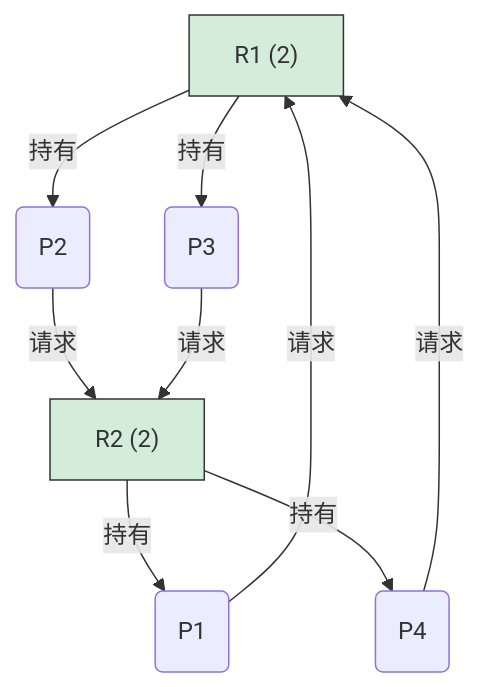
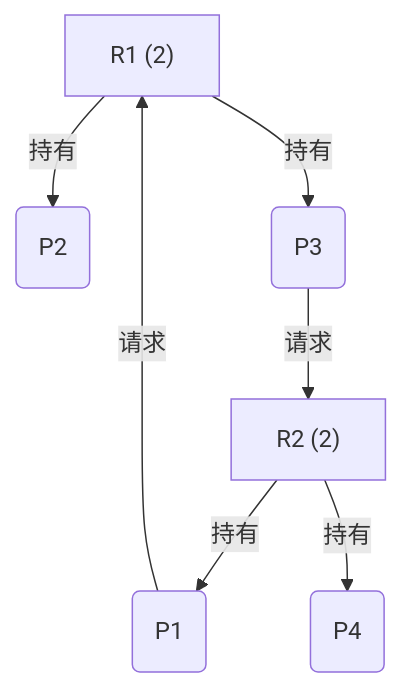
One commit to EmptyBlueBox/Operating_Systems-2025Spring-PKU changed the second of 16 diagrams in Note/11-死锁.md. Above: the diagram before and after it, drawn with Mermaid. The commit also changed other lines of this file and 2 other files, not shown here.

````diff
--- a/Note/11-死锁.md
+++ b/Note/11-死锁.md
@@ -134,22 +130,17 @@
 ```mermaid
 graph TD
     R1["R1 (2)"]
     R2["R2 (2)"]
     P1(P1)
     P2(P2)
     P3(P3)
     P4(P4)
 
     R2 --"持有"--> P1
     R1 --"持有"--> P2
     R1 --"持有"--> P3
     R2 --"持有"--> P4
 
     P1 --"请求"--> R1
-    P2 --"请求"--> R2
     P3 --"请求"--> R2
-    P4 --"请求"--> R1
-
-    style R1 shape:rectangle,fill:#d4edda,stroke:#333
-    style R2 shape:rectangle,fill:#d4edda,stroke:#333
 ```
````
